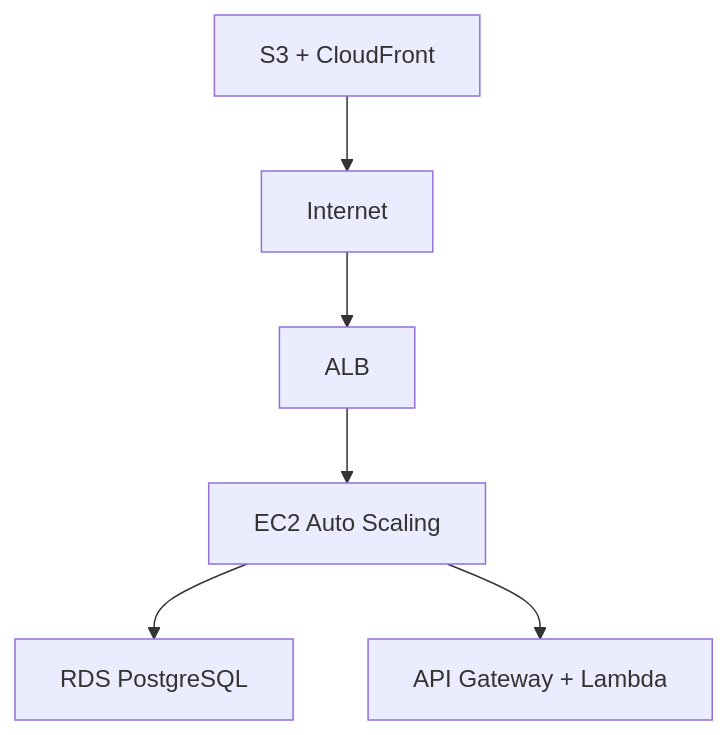
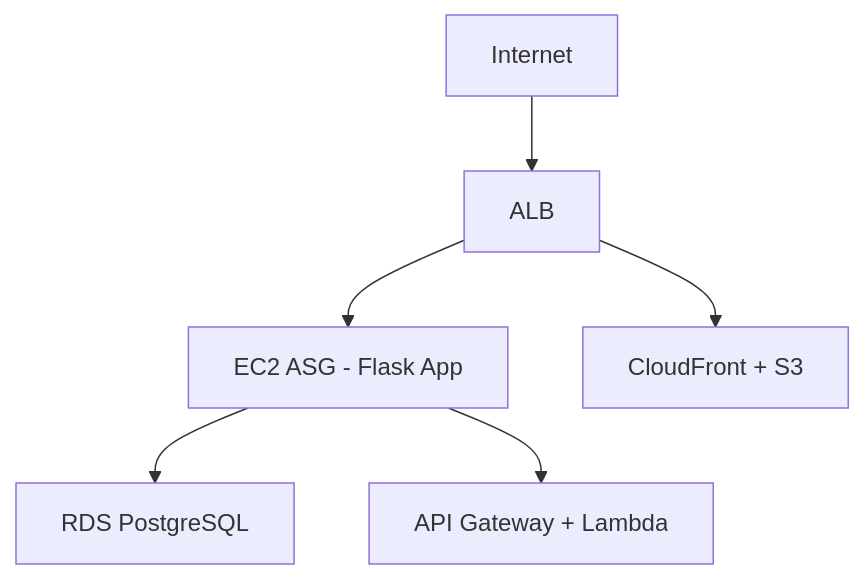
The diagram in ARCHITECTURE.md (Kindee18/aws-hybrid-3tier), drawn with Mermaid before and after one commit. The commit also changed other lines of this file and 23 other files, not shown here.

````diff
--- a/ARCHITECTURE.md
+++ b/ARCHITECTURE.md
@@ -3,8 +3,8 @@
 ```mermaid
 graph TD
     A[Internet] --> B[ALB]
-    B --> C[EC2 Auto Scaling]
+    B --> C[EC2 ASG - Flask App]
     C --> D[RDS PostgreSQL]
     C --> E[API Gateway + Lambda]
-    F[S3 + CloudFront] --> A
+    B --> F[CloudFront + S3]
 ```
````
